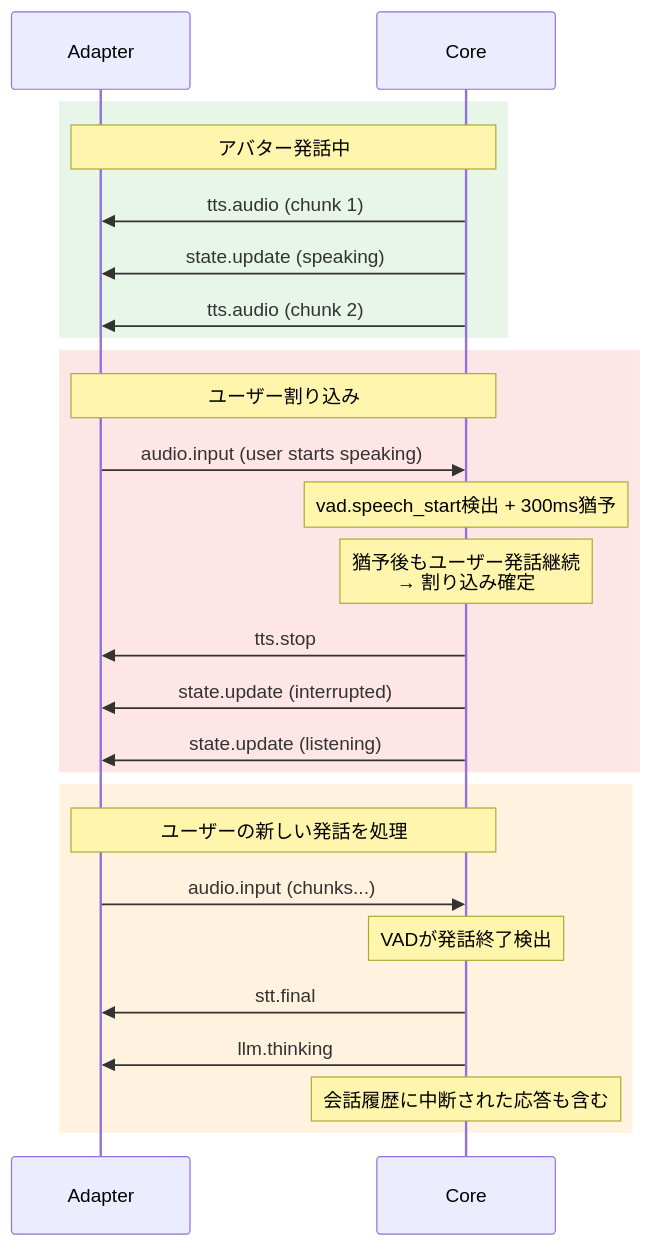
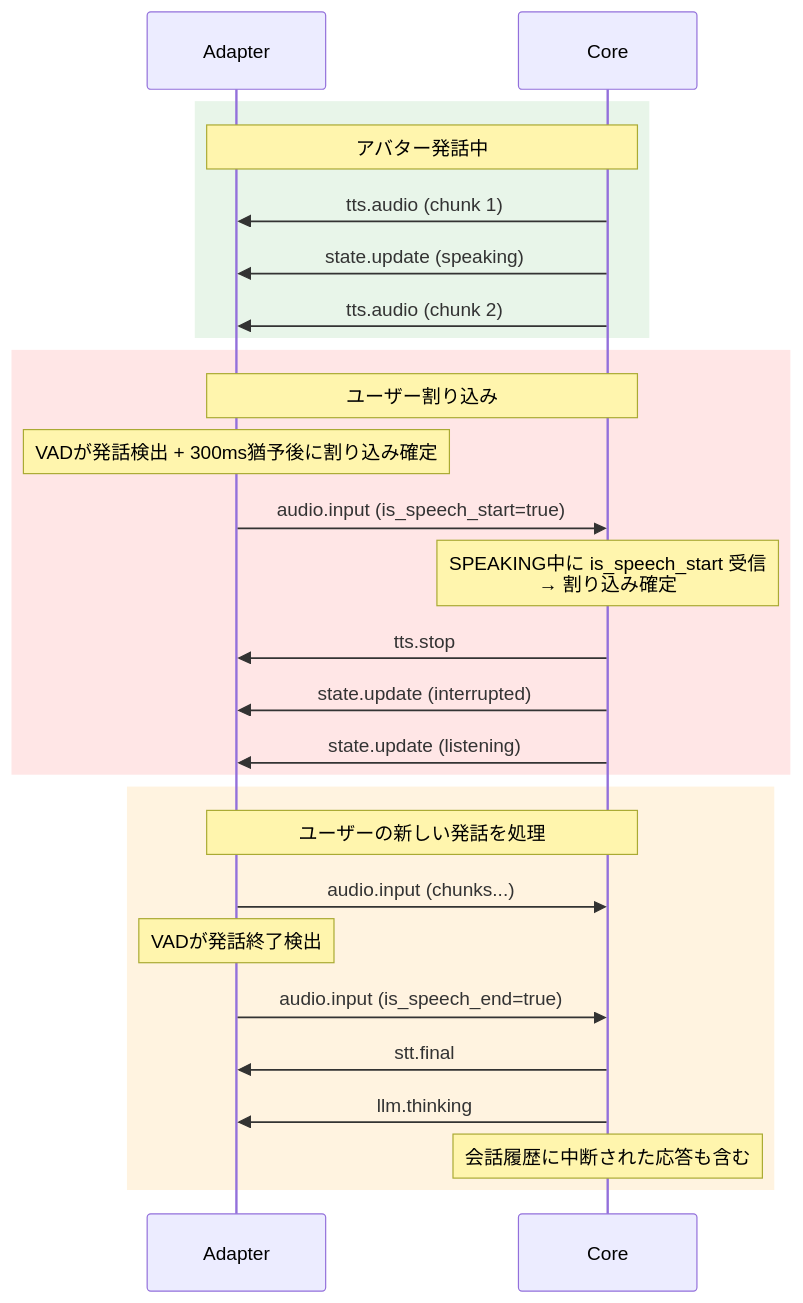
One commit to miumo6329/ai-avatar-framework changed the third of 3 diagrams in docs/protocol.md. Above: the diagram before and after it, drawn with Mermaid. The commit also changed other lines of this file and 4 other files, not shown here.

````diff
--- a/docs/protocol.md
+++ b/docs/protocol.md
@@ -379,31 +391,32 @@
 ```mermaid
 sequenceDiagram
   participant Adapter
   participant Core
 
   rect rgb(232, 245, 233)
     Note over Adapter, Core: アバター発話中
     Core->>Adapter: tts.audio (chunk 1)
     Core->>Adapter: state.update (speaking)
     Core->>Adapter: tts.audio (chunk 2)
   end
 
   rect rgb(255, 230, 230)
     Note over Adapter, Core: ユーザー割り込み
-    Adapter->>Core: audio.input (user starts speaking)
-    Note over Core: vad.speech_start検出 + 300ms猶予
-    Note over Core: 猶予後もユーザー発話継続 <br/>→ 割り込み確定
+    Note over Adapter: VADが発話検出 + 300ms猶予後に割り込み確定
+    Adapter->>Core: audio.input (is_speech_start=true)
+    Note over Core: SPEAKING中に is_speech_start 受信 <br/>→ 割り込み確定
     Core->>Adapter: tts.stop
     Core->>Adapter: state.update (interrupted)
     Core->>Adapter: state.update (listening)
   end
 
   rect rgb(255, 243, 224)
     Note over Adapter, Core: ユーザーの新しい発話を処理
     Adapter->>Core: audio.input (chunks...)
-    Note over Core: VADが発話終了検出
+    Note over Adapter: VADが発話終了検出
+    Adapter->>Core: audio.input (is_speech_end=true)
     Core->>Adapter: stt.final
     Core->>Adapter: llm.thinking
     Note over Core: 会話履歴に中断された応答も含む
   end
 ```
````
